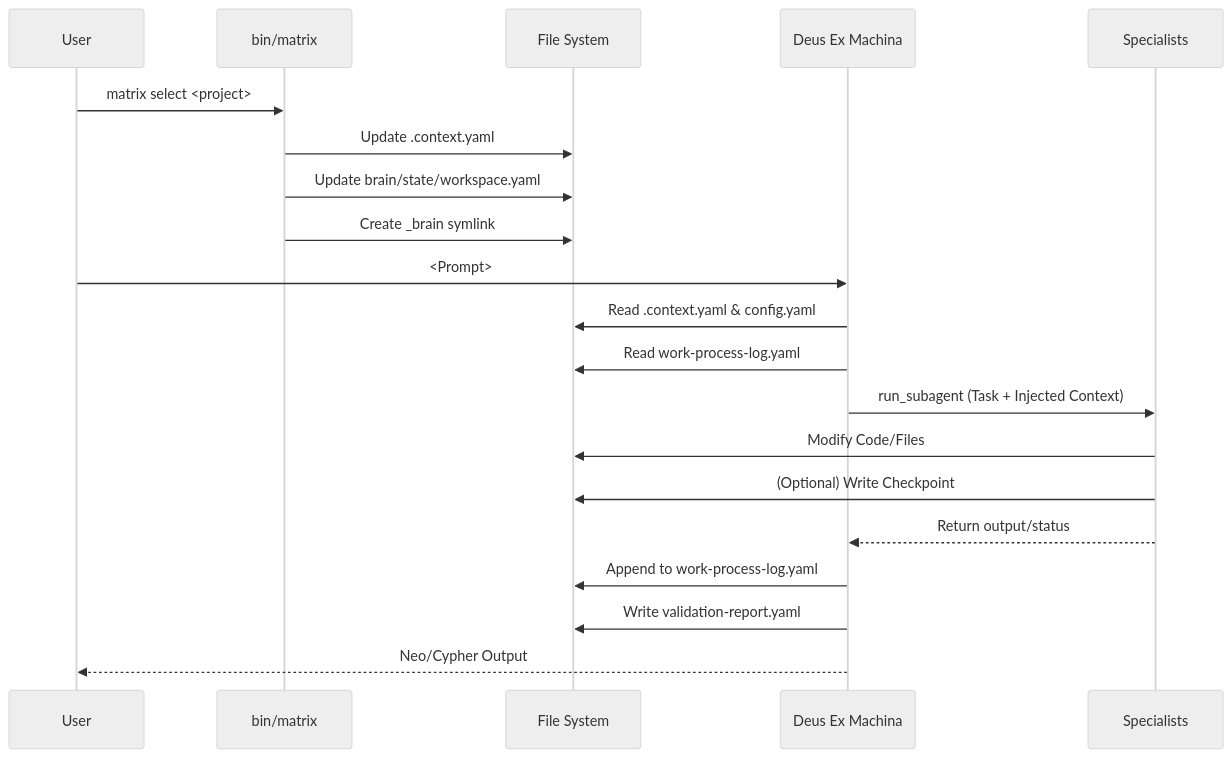
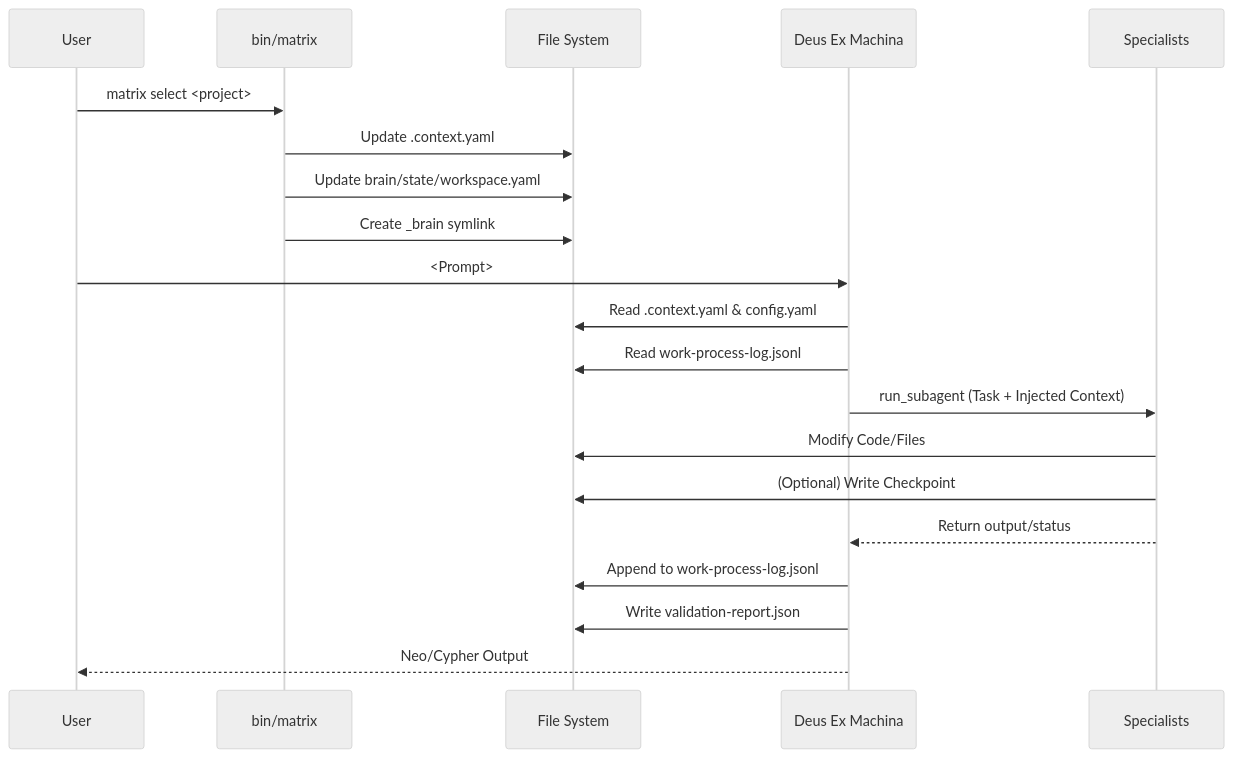
Before and after one commit to elbarril/matrix: the diagram in analysis/state_memory.md, drawn with Mermaid (neutral theme). The commit also changed other lines of this file and 12 other files, not shown here.

````diff
--- a/analysis/state_memory.md
+++ b/analysis/state_memory.md
@@ -47,30 +48,30 @@
 ```mermaid
 sequenceDiagram
     participant U as User
     participant CLI as bin/matrix
     participant FS as File System
     participant DEM as Deus Ex Machina
     participant Spec as Specialists
 
     %% Selection Flow
     U->>CLI: matrix select <project>
     CLI->>FS: Update .context.yaml
     CLI->>FS: Update brain/state/workspace.yaml
     CLI->>FS: Create _brain symlink
 
     %% Invocation Flow
     U->>DEM: <Prompt>
     DEM->>FS: Read .context.yaml & config.yaml
-    DEM->>FS: Read work-process-log.yaml
-    
+    DEM->>FS: Read work-process-log.jsonl
+
     %% Execution Flow
     DEM->>Spec: run_subagent (Task + Injected Context)
     Spec->>FS: Modify Code/Files
     Spec->>FS: (Optional) Write Checkpoint
     Spec-->>DEM: Return output/status
-    
+
     %% Finalization
-    DEM->>FS: Append to work-process-log.yaml
-    DEM->>FS: Write validation-report.yaml
+    DEM->>FS: Append to work-process-log.jsonl
+    DEM->>FS: Write validation-report.json
     DEM-->>U: Neo/Cypher Output
 ```
````
